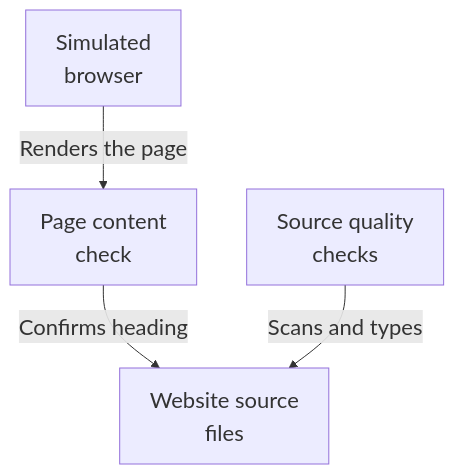
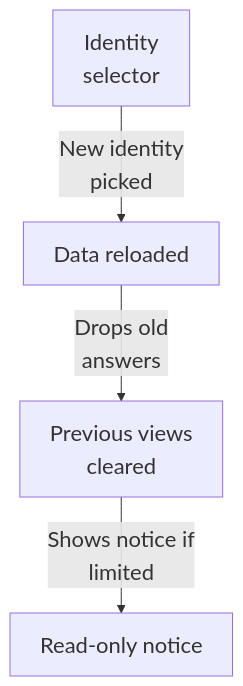
The fourth of 4 diagrams in maps/frontend/README.md (Justin-Mendoza/Afterclass), drawn with Mermaid before and after one commit. The commit also changed other lines of this file and 85 other files, not shown here.

````diff
--- a/maps/frontend/README.md
+++ b/maps/frontend/README.md
@@ -56,11 +128,11 @@
 ```mermaid
 %%{init: {"themeVariables": {"fontSize": "22px"}}}%%
 flowchart TD
-  n0["Simulated<br/>browser"]
-  n1["Page content<br/>check"]
-  n2["Source quality<br/>checks"]
-  n3["Website source<br/>files"]
-  n0 -->|"Renders the page"| n1
-  n1 -->|"Confirms heading"| n3
-  n2 -->|"Scans and types"| n3
+  n0["Identity<br/>selector"]
+  n1["Data reloaded"]
+  n2["Previous views<br/>cleared"]
+  n3["Read-only notice"]
+  n0 -->|"New identity<br/>picked"| n1
+  n1 -->|"Drops old<br/>answers"| n2
+  n2 -->|"Shows notice if<br/>limited"| n3
 ```
````
